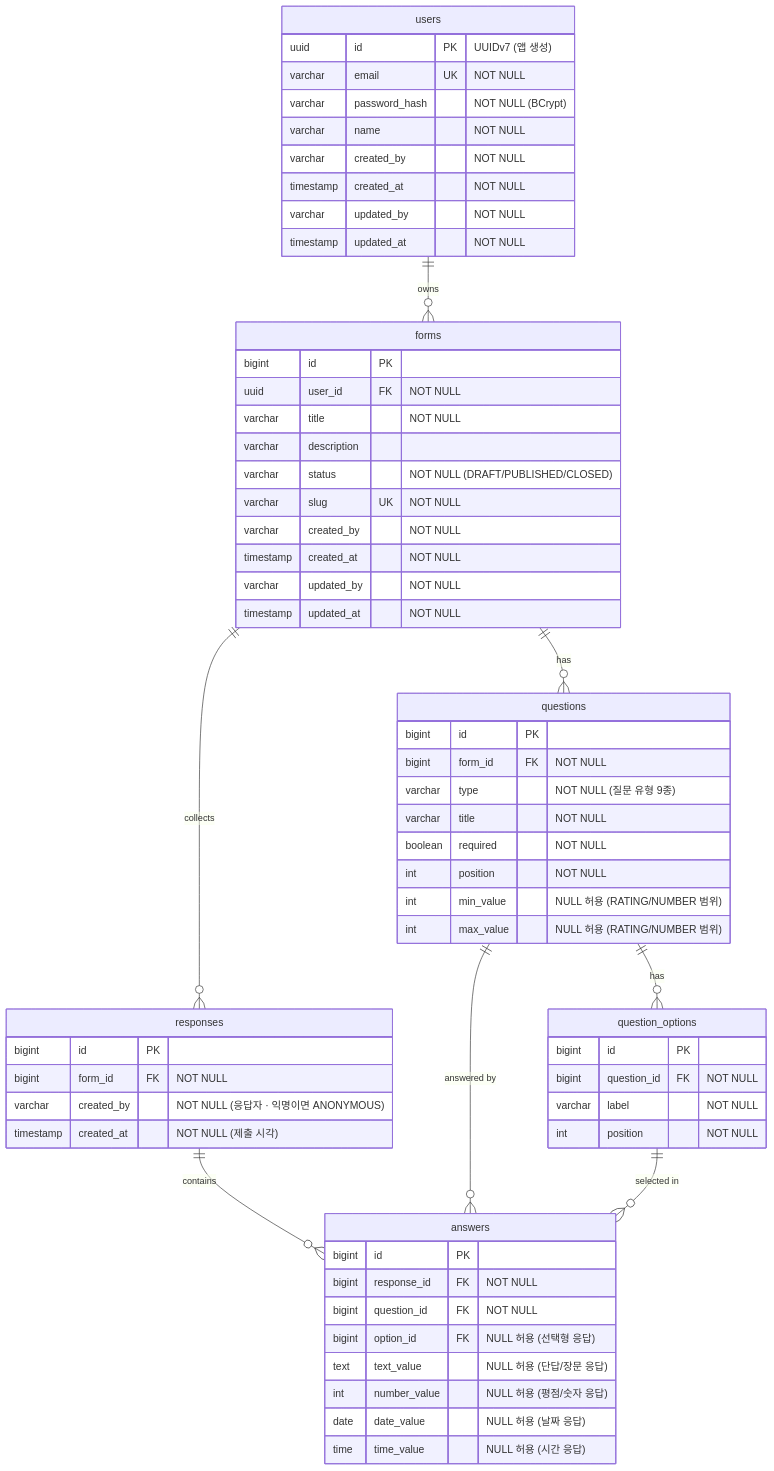
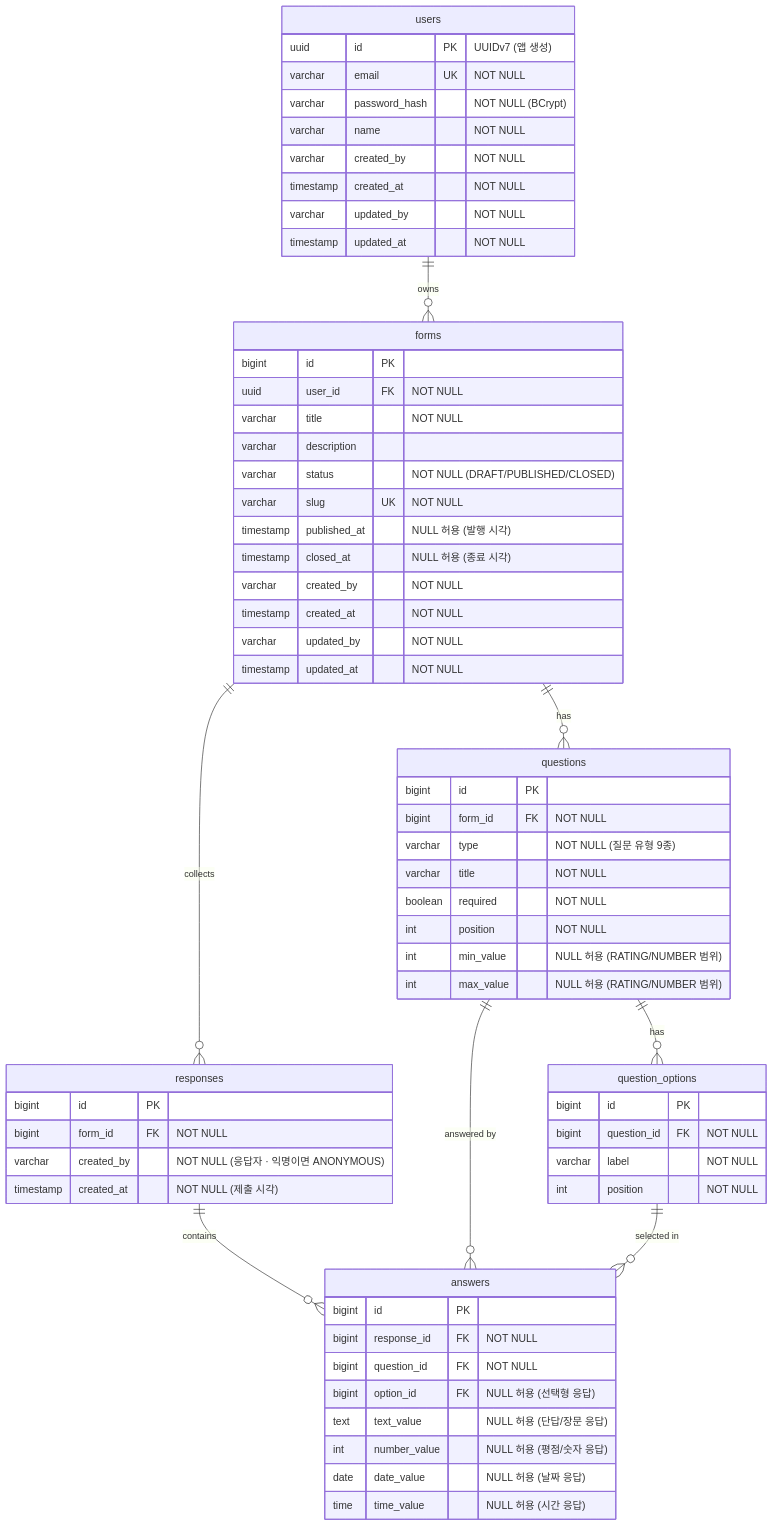
One commit to SJ-Kye/open-froms changed the diagram in docs/04-db-design.md. Above: the diagram before and after it, drawn with Mermaid. The commit also changed other lines of this file and 1 other file, not shown here.

````diff
--- a/docs/04-db-design.md
+++ b/docs/04-db-design.md
@@ -5,65 +5,67 @@
 ```mermaid
 erDiagram
     users ||--o{ forms : "owns"
     forms ||--o{ questions : "has"
     questions ||--o{ question_options : "has"
     forms ||--o{ responses : "collects"
     responses ||--o{ answers : "contains"
     questions ||--o{ answers : "answered by"
     question_options ||--o{ answers : "selected in"
 
     users {
         uuid id PK "UUIDv7 (앱 생성)"
         varchar email UK "NOT NULL"
         varchar password_hash "NOT NULL (BCrypt)"
         varchar name "NOT NULL"
         varchar created_by "NOT NULL"
         timestamp created_at "NOT NULL"
         varchar updated_by "NOT NULL"
         timestamp updated_at "NOT NULL"
     }
     forms {
         bigint id PK
         uuid user_id FK "NOT NULL"
         varchar title "NOT NULL"
         varchar description
         varchar status "NOT NULL (DRAFT/PUBLISHED/CLOSED)"
         varchar slug UK "NOT NULL"
+        timestamp published_at "NULL 허용 (발행 시각)"
+        timestamp closed_at "NULL 허용 (종료 시각)"
         varchar created_by "NOT NULL"
         timestamp created_at "NOT NULL"
         varchar updated_by "NOT NULL"
         timestamp updated_at "NOT NULL"
     }
     questions {
         bigint id PK
         bigint form_id FK "NOT NULL"
         varchar type "NOT NULL (질문 유형 9종)"
         varchar title "NOT NULL"
         boolean required "NOT NULL"
         int position "NOT NULL"
         int min_value "NULL 허용 (RATING/NUMBER 범위)"
         int max_value "NULL 허용 (RATING/NUMBER 범위)"
     }
     question_options {
         bigint id PK
         bigint question_id FK "NOT NULL"
         varchar label "NOT NULL"
         int position "NOT NULL"
     }
     responses {
         bigint id PK
         bigint form_id FK "NOT NULL"
         varchar created_by "NOT NULL (응답자 · 익명이면 ANONYMOUS)"
         timestamp created_at "NOT NULL (제출 시각)"
     }
     answers {
         bigint id PK
         bigint response_id FK "NOT NULL"
         bigint question_id FK "NOT NULL"
         bigint option_id FK "NULL 허용 (선택형 응답)"
         text text_value "NULL 허용 (단답/장문 응답)"
         int number_value "NULL 허용 (평점/숫자 응답)"
         date date_value "NULL 허용 (날짜 응답)"
         time time_value "NULL 허용 (시간 응답)"
     }
 ```
````
